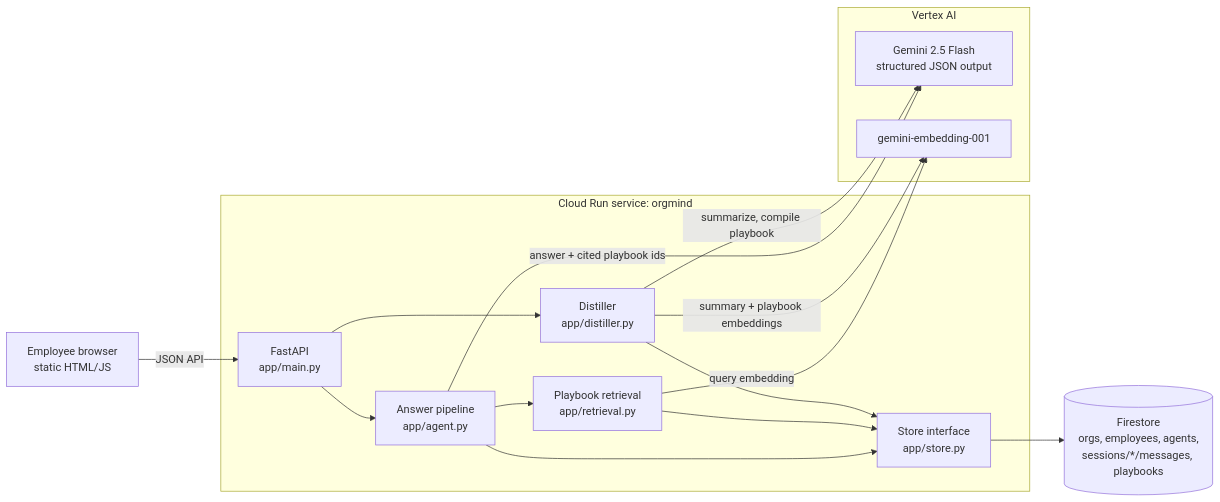
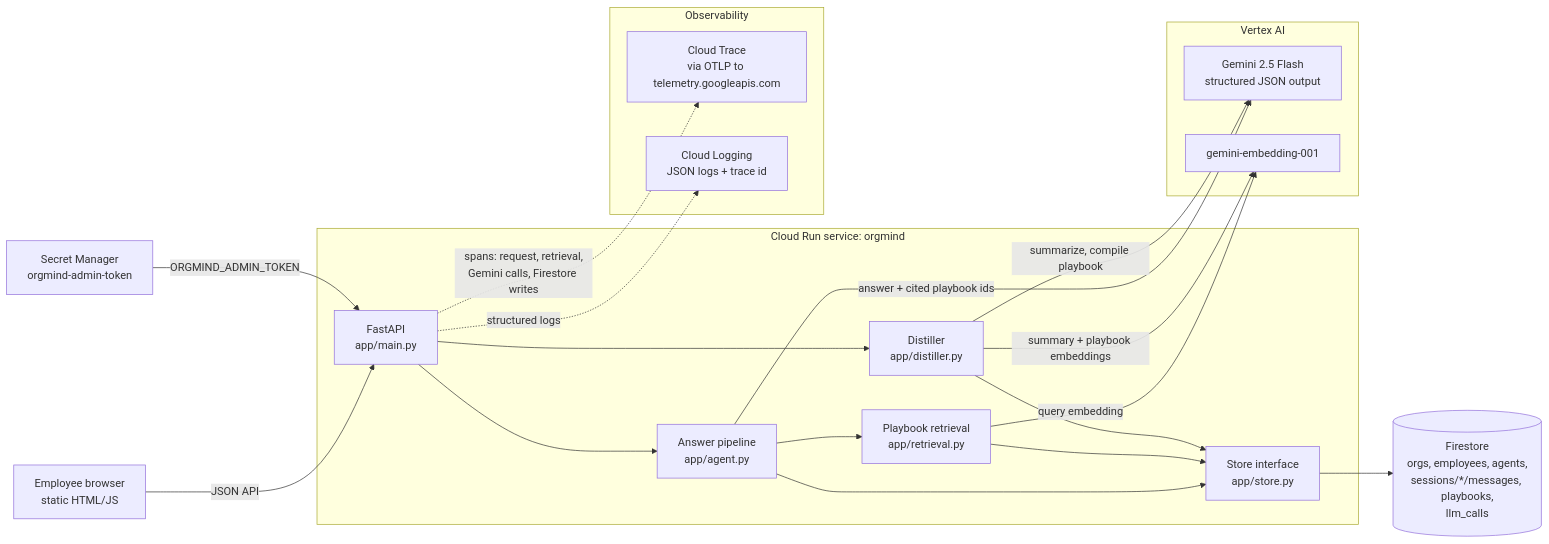
One commit to harshithballa/ai-solvers-org-mind changed the diagram in README.md. Above: the diagram before and after it, drawn with Mermaid. The commit also changed other lines of this file and 1 other file, not shown here.

First line of the commit message:
README: real vs planned, observability, security, roadmap

````diff
--- a/README.md
+++ b/README.md
@@ -30,28 +59,36 @@
 ```mermaid
 flowchart LR
     U[Employee browser<br/>static HTML/JS] -->|JSON API| API
 
     subgraph CR[Cloud Run service: orgmind]
         API[FastAPI<br/>app/main.py]
         AG[Answer pipeline<br/>app/agent.py]
         RT[Playbook retrieval<br/>app/retrieval.py]
         DS[Distiller<br/>app/distiller.py]
         ST[Store interface<br/>app/store.py]
         API --> AG --> RT
         API --> DS
         AG --> ST
         RT --> ST
         DS --> ST
     end
 
     subgraph V[Vertex AI]
         GM[Gemini 2.5 Flash<br/>structured JSON output]
         EM[gemini-embedding-001]
     end
 
     AG -->|answer + cited playbook ids| GM
     DS -->|summarize, compile playbook| GM
     RT -->|query embedding| EM
     DS -->|summary + playbook embeddings| EM
-    ST --> FS[(Firestore<br/>orgs, employees, agents,<br/>sessions/*/messages, playbooks)]
+    ST --> FS[(Firestore<br/>orgs, employees, agents,<br/>sessions/*/messages, playbooks,<br/>llm_calls)]
+
+    subgraph OBS[Observability]
+        CT[Cloud Trace<br/>via OTLP to telemetry.googleapis.com]
+        CL[Cloud Logging<br/>JSON logs + trace id]
+    end
+    API -.->|spans: request, retrieval,<br/>Gemini calls, Firestore writes| CT
+    API -.->|structured logs| CL
+    SM[Secret Manager<br/>orgmind-admin-token] -->|ORGMIND_ADMIN_TOKEN| API
 ```
````
